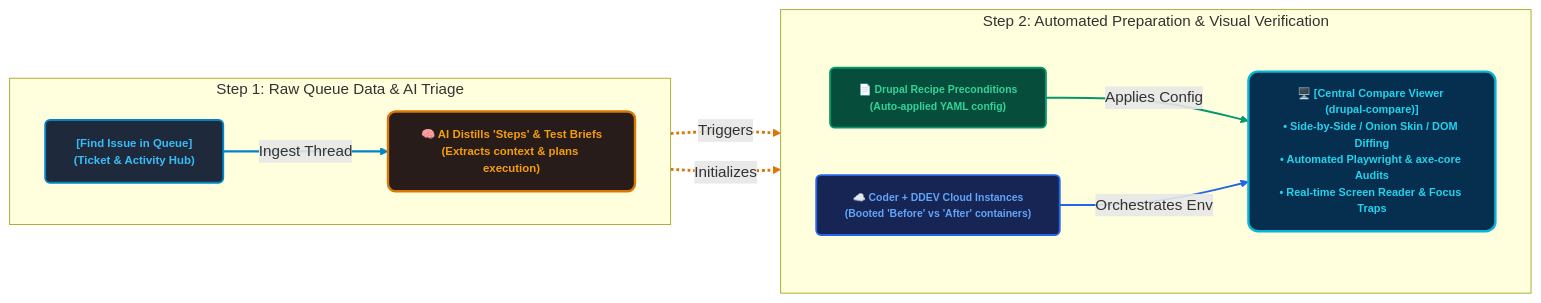
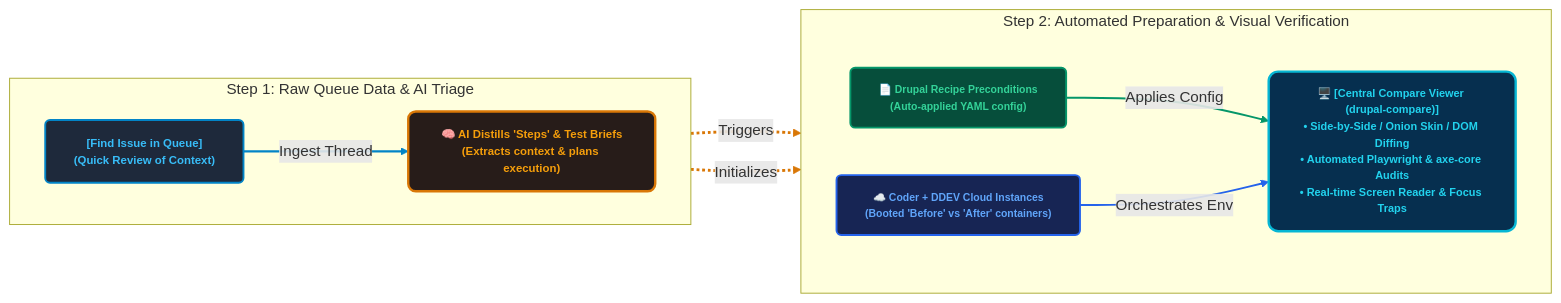
The second of 2 diagrams in Drupal-issue-queue.md (mgifford/mermaid-graphs), drawn with Mermaid before and after one commit.

````diff
--- a/Drupal-issue-queue.md
+++ b/Drupal-issue-queue.md
@@ -51,41 +51,41 @@
 ```mermaid
 flowchart LR
     %% Define Global Styles
     classDef originBox fill:#1e293b,stroke:#0284c7,stroke-width:2px,color:#38bdf8,font-size:12px,font-weight:bold,rx:5px,ry:5px;
     classDef aiBox fill:#271c19,stroke:#d97706,stroke-width:2.5px,color:#f59e0b,font-size:12px,font-weight:bold,rx:8px,ry:8px;
     classDef recipeBox fill:#064e3b,stroke:#059669,stroke-width:2px,color:#34d399,font-size:11px,font-weight:bold,rx:5px,ry:5px;
     classDef envBox fill:#172554,stroke:#2563eb,stroke-width:2px,color:#60a5fa,font-size:11px,font-weight:bold,rx:5px,ry:5px;
     classDef targetBox fill:#062f4f,stroke:#06b6d4,stroke-width:2.5px,color:#22d3ee,font-size:11.5px,font-weight:bold,rx:10px,ry:10px;
 
     %% Row 1 (Input & AI): Wide Row
     subgraph Row1 [Step 1: Raw Queue Data & AI Triage]
         direction LR
-        QueueNode["[Find Issue in Queue]<br/>(Ticket & Activity Hub)"]:::originBox
+        QueueNode["[Find Issue in Queue]<br/>(Quick Review of Context)"]:::originBox
         AINode["🧠 AI Distills 'Steps' & Test Briefs<br/>(Extracts context & plans execution)"]:::aiBox
 
         QueueNode -->|Ingest Thread| AINode
     end
 
     %% Transition down
     AINode ==>|Triggers| RecipeNode
     AINode ==>|Initializes| ContainerNode
 
     %% Row 2 (Preparation & Verification): Horizontal, wider layout
     subgraph Row2 [Step 2: Automated Preparation & Visual Verification]
         direction LR
         RecipeNode["📄 Drupal Recipe Preconditions<br/>(Auto-applied YAML config)"]:::recipeBox
         ContainerNode["☁️ Coder + DDEV Cloud Instances<br/>(Booted 'Before' vs 'After' containers)"]:::envBox
         ViewerNode["🖥️ [Central Compare Viewer (drupal-compare)]<br/>• Side-by-Side / Onion Skin / DOM Diffing<br/>• Automated Playwright & axe-core Audits<br/>• Real-time Screen Reader & Focus Traps"]:::targetBox
 
         %% Ensure parallel horizontal paths pointing to the target on the right
         RecipeNode -->|Applies Config| ViewerNode
         ContainerNode -->|Orchestrates Env| ViewerNode
     end
 
     %% Connection styles
     linkStyle 0 stroke:#0284c7,stroke-width:2.5px;
     linkStyle 1 stroke:#d97706,stroke-width:3px,stroke-dasharray:3 3;
     linkStyle 2 stroke:#d97706,stroke-width:3px,stroke-dasharray:3 3;
     linkStyle 3 stroke:#059669,stroke-width:2px;
     linkStyle 4 stroke:#2563eb,stroke-width:2px;
 ```
````
